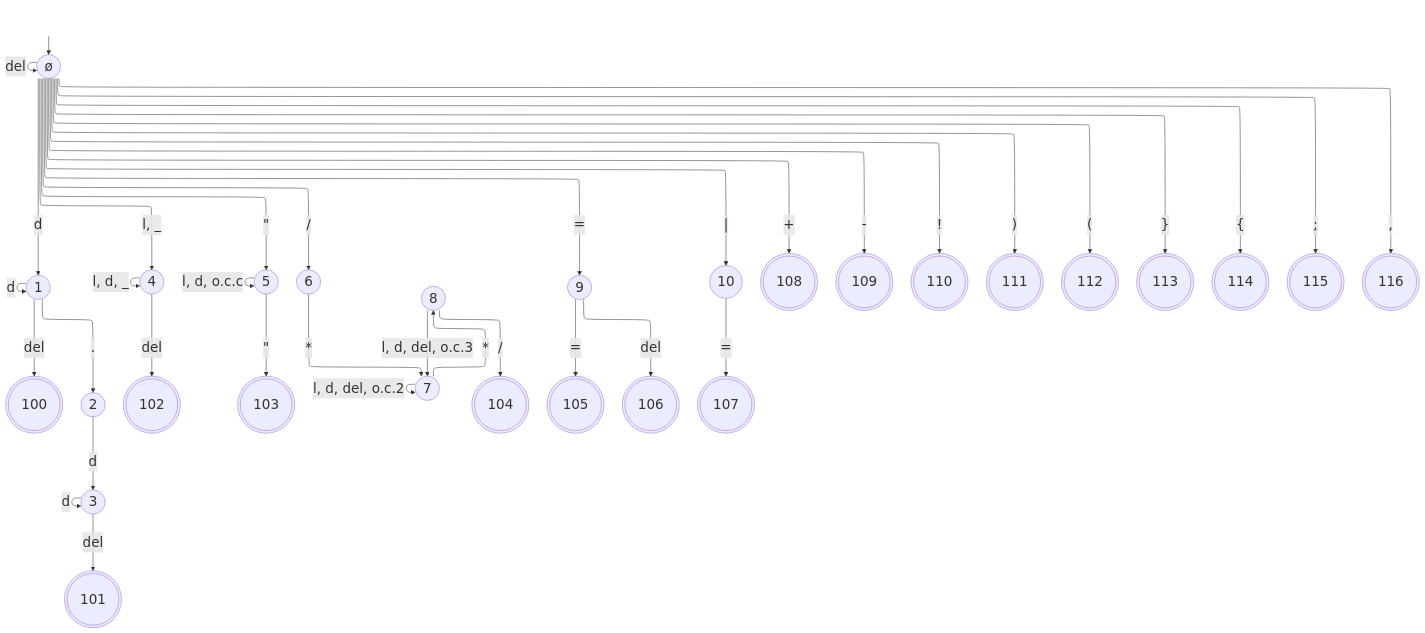
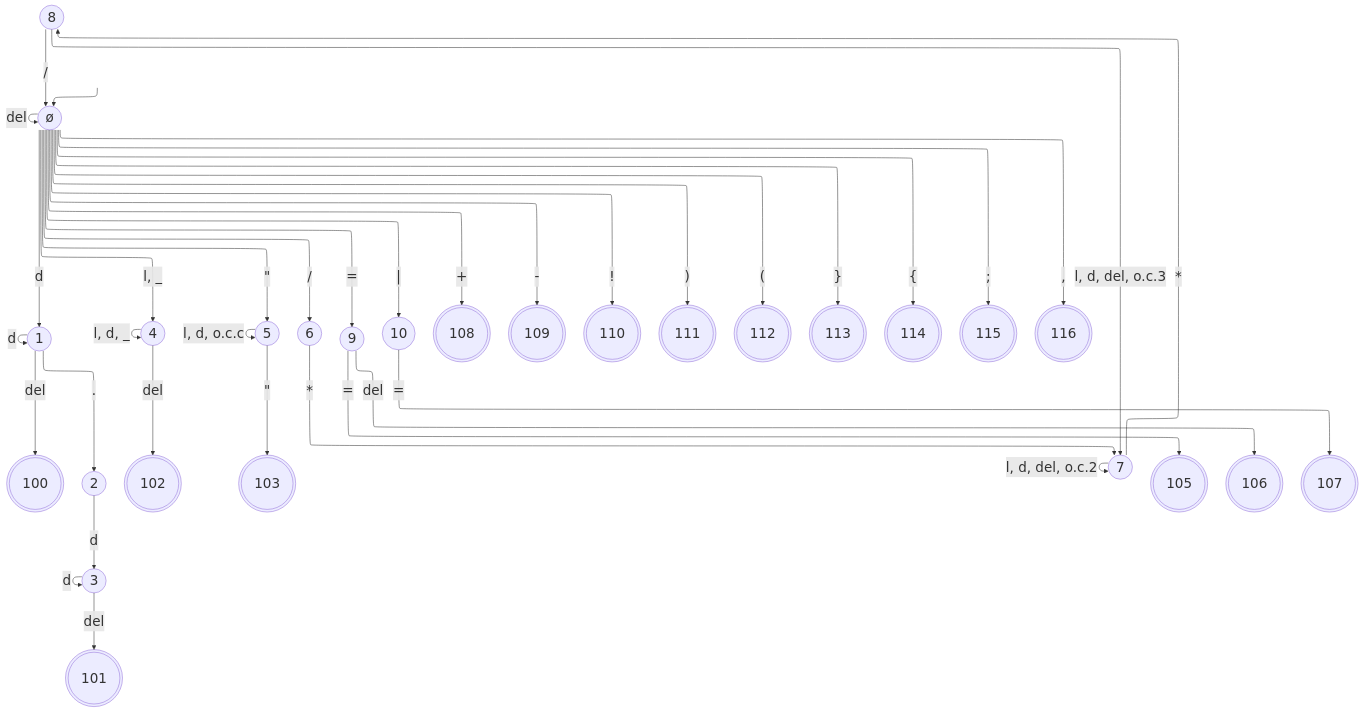
One commit to JuanManuelMurillo/Practica_Procesadores_Lenguajes changed the diagram in docs/AFD.md. Above: the diagram before and after it, drawn with Mermaid. The commit also changed 6 other files, not shown here.

````diff
--- a/docs/AFD.md
+++ b/docs/AFD.md
@@ -2,42 +2,42 @@
 ```mermaid
 %%{init: {"flowchart": {"defaultRenderer": "elk", "curve": "basis", "useMaxWidth": false, "nodeSpacing": 120, "rankSpacing": 200, "padding": 30}, "themeVariables": {"fontSize": "26px"}}}%%
 flowchart
     ini[ ]:::oculto --> q0
     q0 -- "del" --> q0
     q0((ø)) -- "d" --> q1((1))
     q1 -- "d" --> q1
     q1 -- "del" --> q100(((100)))
     q1 -- "." --> q2((2))
     q2 -- "d" --> q3((3))
     q3 -- "d" --> q3
     q3 -- "del" --> q101(((101)))
     q0 -- "l, _" --> q4((4))
     q4 -- "l, d, _" --> q4
     q4 -- "del" --> q102(((102)))
     q0((ø)) -- "#quot;" --> q5((5))
     q5 -- "l, d, o.c.c" --> q5
     q5 -- "#quot;" --> q103(((103)))
     q0 -- "/" --> q6((6))
     q6 -- "*" --> q7((7))
     q7 -- "l, d, del, o.c.2" --> q7
     q7 -- "*" --> q8((8))
     q8 -- "l, d, del, o.c.3" --> q7
-    q8 -- "/" --> q104(((104)))
+    q8 -- "/" --> q0
     q0 -- "=" --> q9((9))
     q9 -- "=" --> q105(((105)))
     q9 -- "del" --> q106(((106)))
     q0 -- "|" --> q10((10))
     q10 -- "=" --> q107(((107)))
     q0 -- "+" --> q108(((108)))
     q0 -- "-" --> q109(((109)))
     q0 -- "!" --> q110(((110)))
     q0 -- ")" --> q111(((111)))
     q0 -- "(" --> q112(((112)))
     q0 -- "}" --> q113(((113)))
     q0 -- "{" --> q114(((114)))
     q0 -- ";" --> q115(((115)))
     q0 -- "," --> q116(((116)))
 
     classDef oculto fill:none,stroke:none,color:none
 
 ```
````
